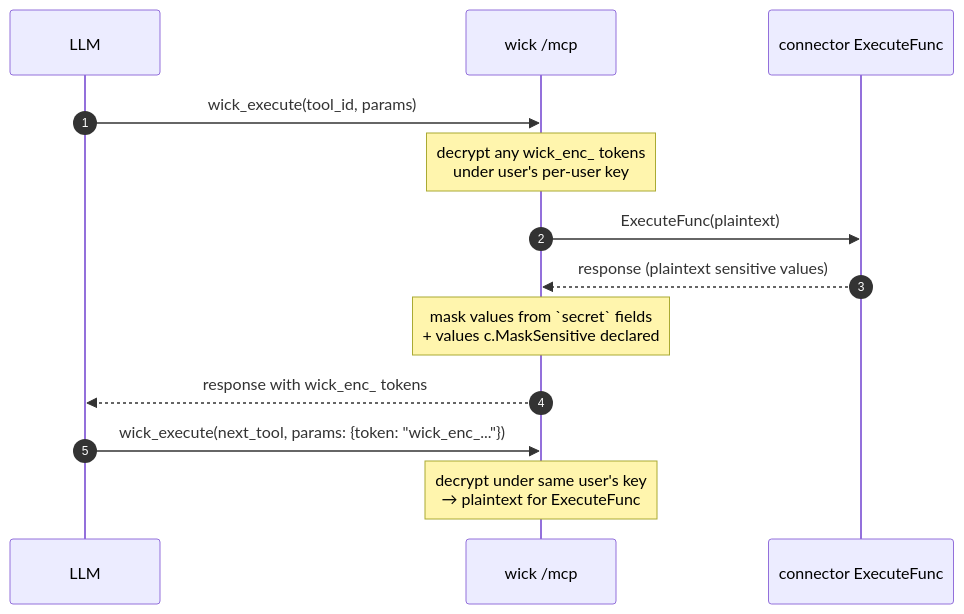
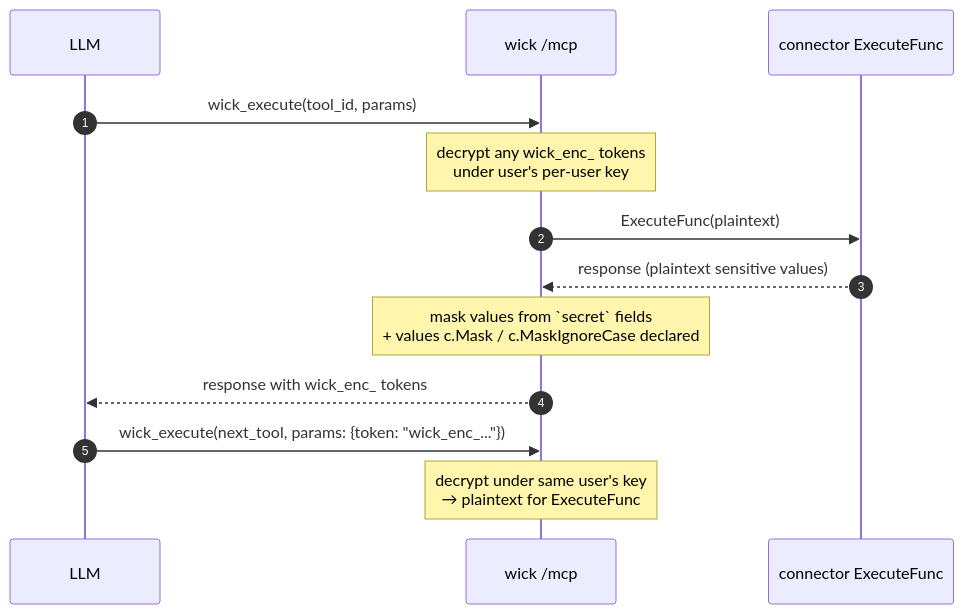
Before and after one commit to aguung/wick: the second of 2 diagrams in docs/guide/mcp.md, drawn with Mermaid. The commit also changed other lines of this file and 15 other files, not shown here.

First line of the commit message:
feat(enc)!: split Mask / MaskIgnoreCase, rename from MaskSensitive

````diff
--- a/docs/guide/mcp.md
+++ b/docs/guide/mcp.md
@@ -110,16 +110,16 @@
 ```mermaid
 sequenceDiagram
     autonumber
     participant LLM
     participant MCP as wick /mcp
     participant Op as connector ExecuteFunc
 
     LLM->>MCP: wick_execute(tool_id, params)
     Note over MCP: decrypt any wick_enc_ tokens<br/>under user's per-user key
     MCP->>Op: ExecuteFunc(plaintext)
     Op-->>MCP: response (plaintext sensitive values)
-    Note over MCP: mask values from `secret` fields<br/>+ values c.MaskSensitive declared
+    Note over MCP: mask values from `secret` fields<br/>+ values c.Mask / c.MaskIgnoreCase declared
     MCP-->>LLM: response with wick_enc_ tokens
     LLM->>MCP: wick_execute(next_tool, params: {token: "wick_enc_..."})
     Note over MCP: decrypt under same user's key<br/>→ plaintext for ExecuteFunc
 ```
````
